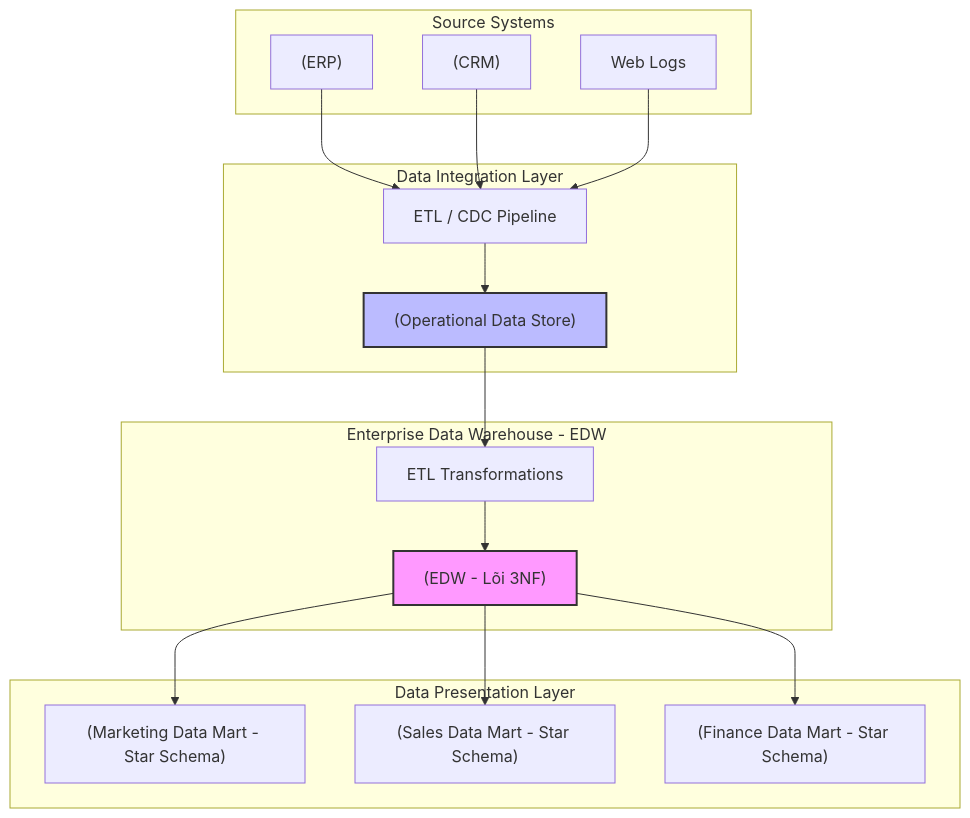
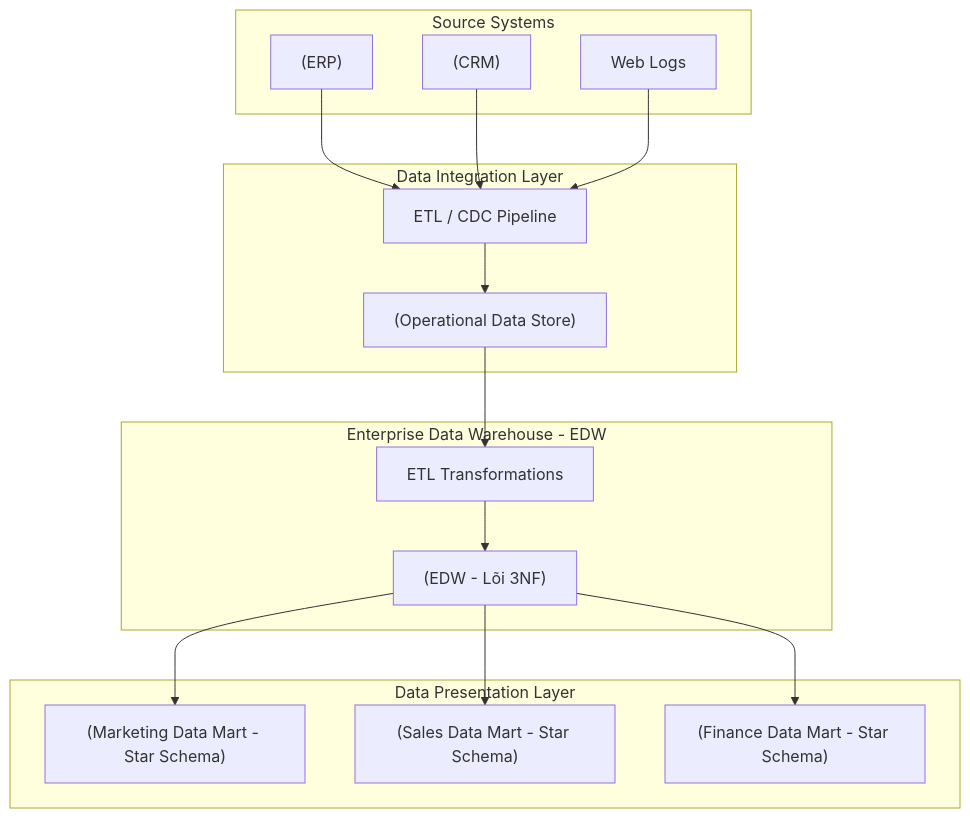
One commit to kythuatdulieu/kythuatdulieu.github.io changed the diagram in src/content/docs/concepts/6-data-modeling-transformation/inmon-methodology.md. Above: the diagram before and after it, drawn with Mermaid. The commit also changed 682 other files, not shown here.

````diff
--- a/src/content/docs/concepts/6-data-modeling-transformation/inmon-methodology.md
+++ b/src/content/docs/concepts/6-data-modeling-transformation/inmon-methodology.md
@@ -24,33 +24,32 @@
 ```mermaid
 graph TD
     subgraph Source Systems
         ERP["(ERP)"]
         CRM["(CRM)"]
         Log["Web Logs"]
     end
 
     subgraph Data Integration Layer
         ETL1["ETL / CDC Pipeline"]
         ODS["(Operational Data Store)"]
     end
 
     subgraph Enterprise Data Warehouse - EDW
         ETL2["ETL Transformations"]
         EDW["(EDW - Lõi 3NF)"]
     end
 
     subgraph Data Presentation Layer
         DM1["(Marketing Data Mart - Star Schema)"]
         DM2["(Sales Data Mart - Star Schema)"]
         DM3["(Finance Data Mart - Star Schema)"]
     end
 
     ERP & CRM & Log --> ETL1
     ETL1 --> ODS
     ODS --> ETL2
     ETL2 --> EDW
     EDW --> DM1 & DM2 & DM3
 
-    style EDW fill:#f9f,stroke:#333,stroke-width:2px
-    style ODS fill:#bbf,stroke:#333,stroke-width:2px
+
 ```
````
